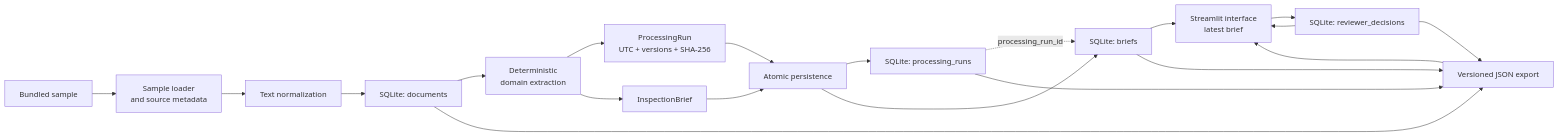
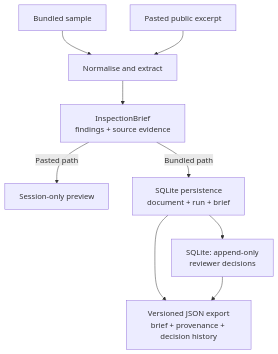
Before and after one commit to NikolayAir/seco-tender-inspection-brief: the diagram in README.md, drawn with Mermaid. The commit also changed other lines of this file and 5 other files, not shown here.

Commit message:
Clarify reviewer-decision workflow and add MIT License

````diff
--- a/README.md
+++ b/README.md
@@ -75,26 +37,12 @@
 ```mermaid
-flowchart LR
-    sample["Bundled sample"] --> loader["Sample loader<br/>and source metadata"]
-    loader --> cleaner["Text normalization"]
-    cleaner --> document["SQLite: documents"]
+flowchart TD
+    bundled["Bundled sample"] --> processing["Normalise and extract"]
+    pasted["Pasted public excerpt"] --> processing
+    processing --> brief["InspectionBrief<br/>findings + source evidence"]
 
-    document --> extractor["Deterministic<br/>domain extraction"]
-    extractor --> run["ProcessingRun<br/>UTC + versions + SHA-256"]
-    extractor --> brief["InspectionBrief"]
-
-    run --> persistence["Atomic persistence"]
-    brief --> persistence
-    persistence --> db_run["SQLite: processing_runs"]
-    persistence --> db_brief["SQLite: briefs"]
-
-    db_run -. processing_run_id .-> db_brief
-    db_brief --> ui["Streamlit interface<br/>latest brief"]
-    ui --> decisions["SQLite: reviewer_decisions"]
-    decisions --> ui
+    brief -->|Pasted path| preview["Session-only preview"]
+    brief -->|Bundled path| persistence["SQLite persistence<br/>document + run + brief"]
+    persistence --> decisions["SQLite: append-only<br/>reviewer decisions"]
+    persistence --> export["Versioned JSON export<br/>brief + provenance + decision history"]
     decisions --> export
-
-    document --> export["Versioned JSON export"]
-    db_run --> export
-    db_brief --> export
-    export --> ui
 ```
````
